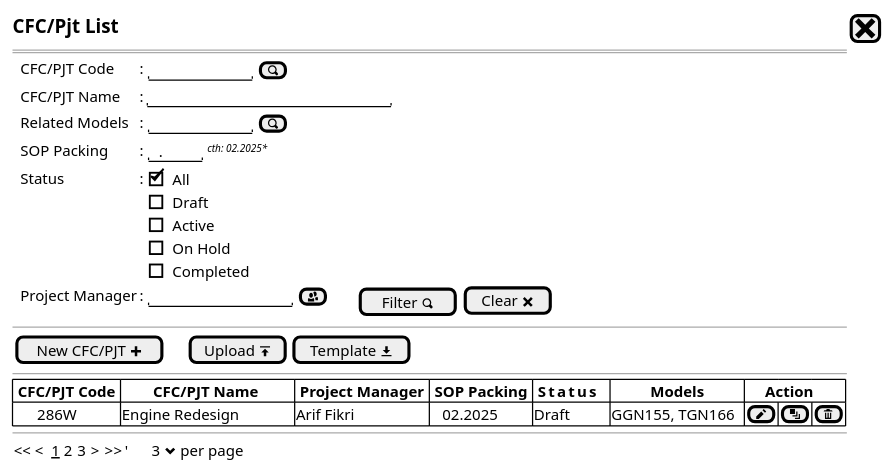
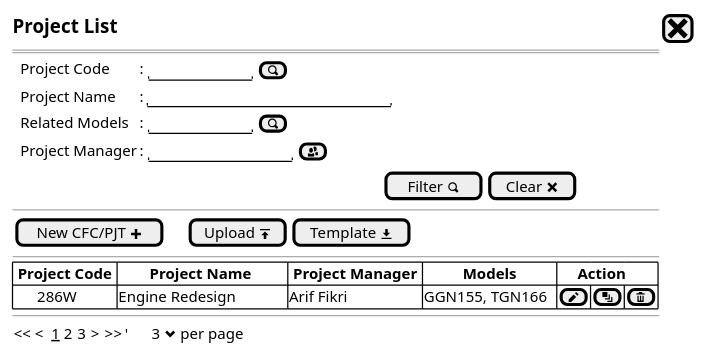
The diagram in Project/project - new step0a.puml (ari-fikri/packing-cost-mockup), drawn with PlantUML before and after one commit. The commit also changed 5 other files, not shown here.

Commit message:
From Projects form: - Revert name from CFC to Project - Move the filter/clear button in saparate line - Remove fields SOP Packing, Status, CFC/PJT Code, Name (change to Project Code and name)

```diff
--- a/Project/project - new step0a.puml
+++ b/Project/project - new step0a.puml
@@ -1,34 +1,26 @@
 @startsalt
 {
-  <size:15><b>CFC/Pjt List|[<size:25><&x>]|*
+  <size:15><b>Project List|[<size:25><&x>]|*
   ==
   {
-    .|CFC/PJT Code      |: {|"          "|[<&magnifying-glass>]|}*
-    .|CFC/PJT Name      |: |"                        "|*    
+    .|Project Code      |: {|"          "|[<&magnifying-glass>]|}*
+    .|Project Name      |: |"                        "|*    
     .|Related Models    |: {|"          "| [<&magnifying-glass>]|}*
-    .|SOP Packing        |: {"  .  "| | <size:8><i>cth: 02.2025* }
-    .|Status |:|    
-    {
-      [X] All
-      [] Draft
-      [] Active
-      [] On Hold
-      [] Completed
-    }|*
-    .|Project Manager |: {|"              "|[<&people>]|.|.|.|.||[Filter <&magnifying-glass>]}|[Clear <&x>]
+    .|Project Manager |: {|"              "|[<&people>]|}*
   }
+  {|                                                                                              |[Filter <&magnifying-glass>]|[Clear <&x>]|}
   --
   {
   [New CFC/PJT <&plus>]|.|.|.|[Upload <&data-transfer-upload>]| [Template <&data-transfer-download>]|*
   }
   --
   {#
-    | <b>CFC/PJT Code |        <b>CFC/PJT Name         | <b>Project Manager | <b>SOP Packing | <b>Status      |          <b>Models          |<b>     Action      |*|*|*
-    |       286W      | Engine Redesign                | Arif Fikri         |    02.2025     | Draft          | GGN155, TGN166              |[<&pencil>]|[<&layers>]|[<&trash>]|*
+    | <b>Project Code |        <b>Project Name         | <b>Project Manager |          <b>Models          |<b>     Action      |*|*|*
+    |       286W      | Engine Redesign                | Arif Fikri         | GGN155, TGN166              |[<&pencil>]|[<&layers>]|[<&trash>]|*
   }
   --
   {
   << <  __1__ 2 3  > >>  |'      3 <&chevron-bottom> per page |*
   }
 }
 @endsalt
```
